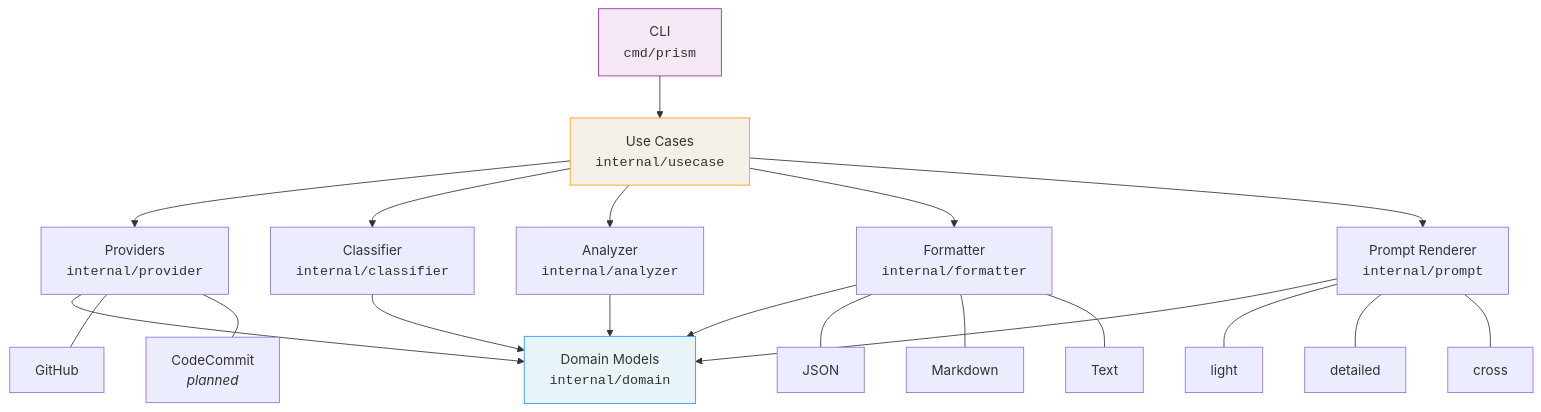
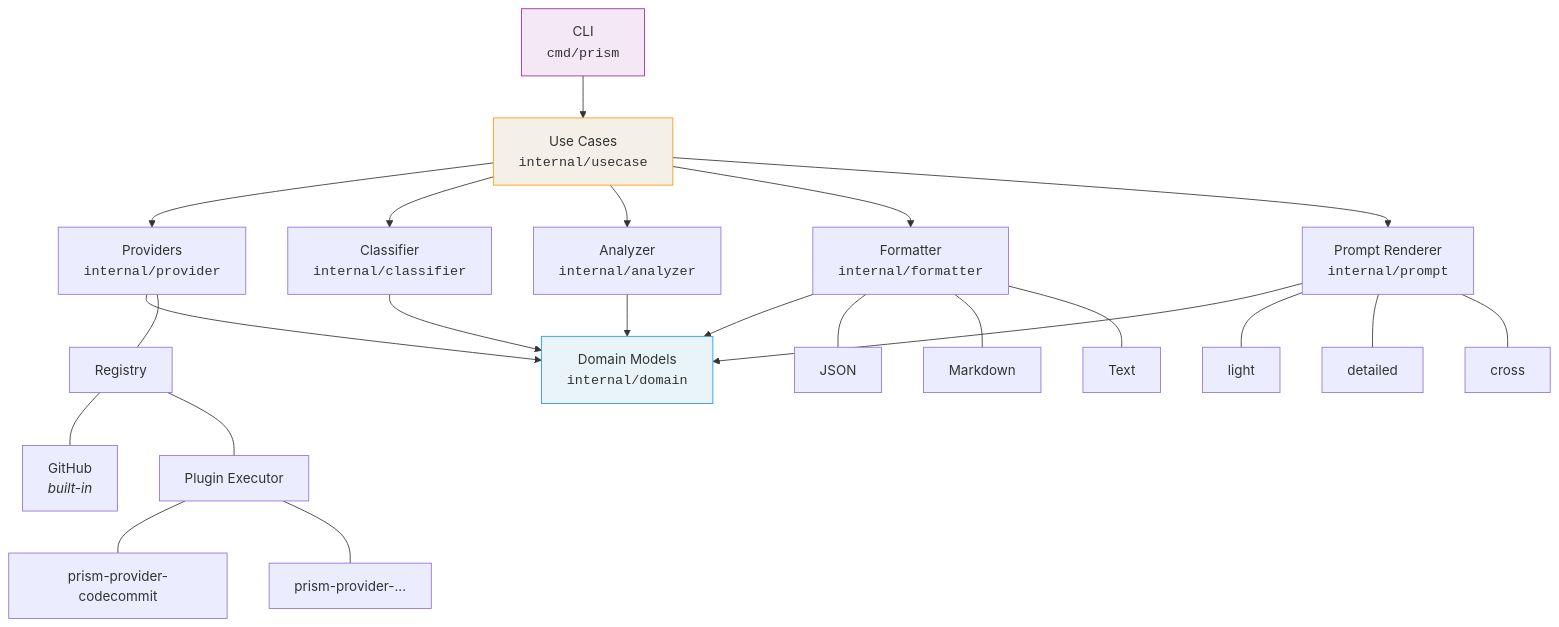
Before and after one commit to hidetzu/prism: the first of 2 diagrams in docs/architecture.md, drawn with Mermaid. The commit also changed other lines of this file and 14 other files, not shown here.

First line of the commit message:
Add provider plugin architecture (#1)

````diff
--- a/docs/architecture.md
+++ b/docs/architecture.md
@@ -7,39 +7,42 @@
 ```mermaid
 graph TD
     CLI["CLI<br/><code>cmd/prism</code>"]
     UC["Use Cases<br/><code>internal/usecase</code>"]
     PRV["Providers<br/><code>internal/provider</code>"]
     CLS["Classifier<br/><code>internal/classifier</code>"]
     ANL["Analyzer<br/><code>internal/analyzer</code>"]
     DOM["Domain Models<br/><code>internal/domain</code>"]
     FMT["Formatter<br/><code>internal/formatter</code>"]
     PMT["Prompt Renderer<br/><code>internal/prompt</code>"]
 
     CLI --> UC
     UC --> PRV
     UC --> CLS
     UC --> ANL
     UC --> FMT
     UC --> PMT
 
     PRV --> DOM
     CLS --> DOM
     ANL --> DOM
     FMT --> DOM
     PMT --> DOM
 
-    PRV --- GH["GitHub"]
-    PRV --- CC["CodeCommit<br/><i>planned</i>"]
+    PRV --- REG["Registry"]
+    REG --- GH["GitHub<br/><i>built-in</i>"]
+    REG --- PLG["Plugin Executor"]
+    PLG --- CC["prism-provider-codecommit"]
+    PLG --- ETC["prism-provider-..."]
 
     FMT --- JSON["JSON"]
     FMT --- MD["Markdown"]
     FMT --- TXT["Text"]
 
     PMT --- LT["light"]
     PMT --- DT["detailed"]
     PMT --- CR["cross"]
 
     style DOM fill:#e8f4f8,stroke:#2196f3
     style CLI fill:#f3e8f4,stroke:#9c27b0
     style UC fill:#f4f0e8,stroke:#ff9800
 ```
````
